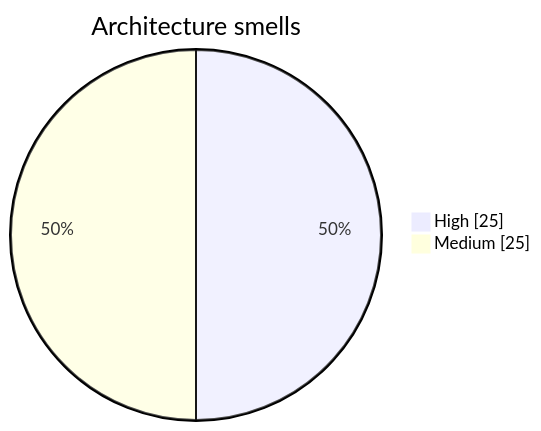
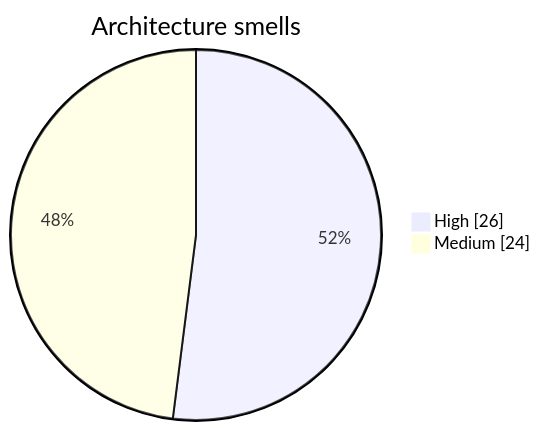
Before and after one commit to wolframs/jspace-probes: diagram 14 of 15 in .mentis/context/graphs.md, drawn with Mermaid. The commit also changed other lines of this file and 109 other files, not shown here.

````diff
--- a/.mentis/context/graphs.md
+++ b/.mentis/context/graphs.md
@@ -288,5 +288,5 @@
 ```mermaid
 pie showData title Architecture smells
-    "High" : 25
-    "Medium" : 25
+    "High" : 26
+    "Medium" : 24
 ```
````
